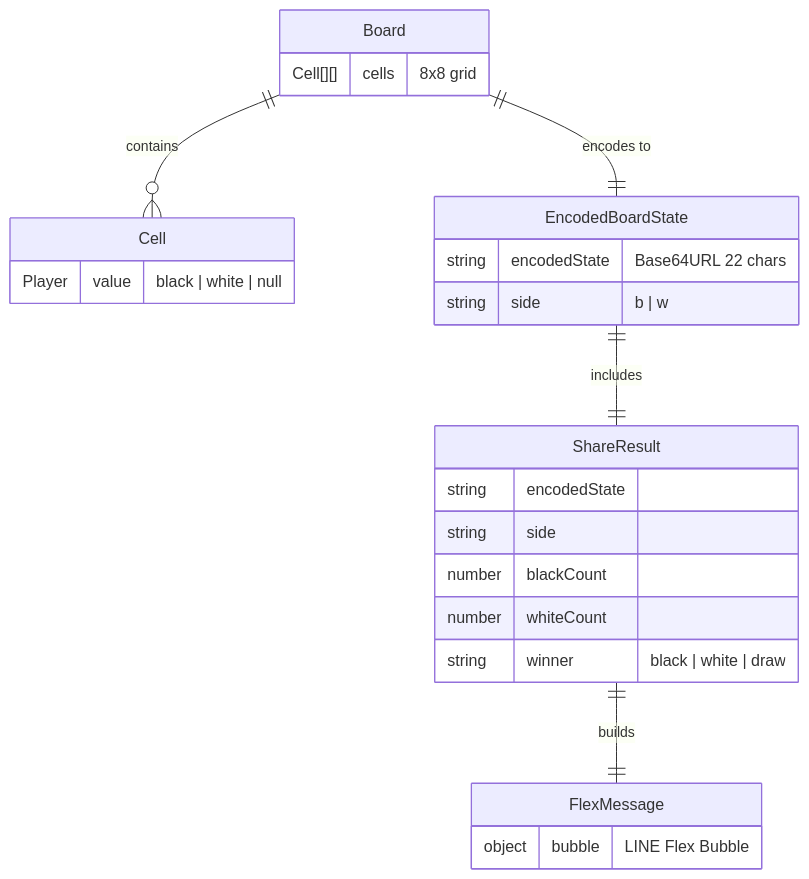
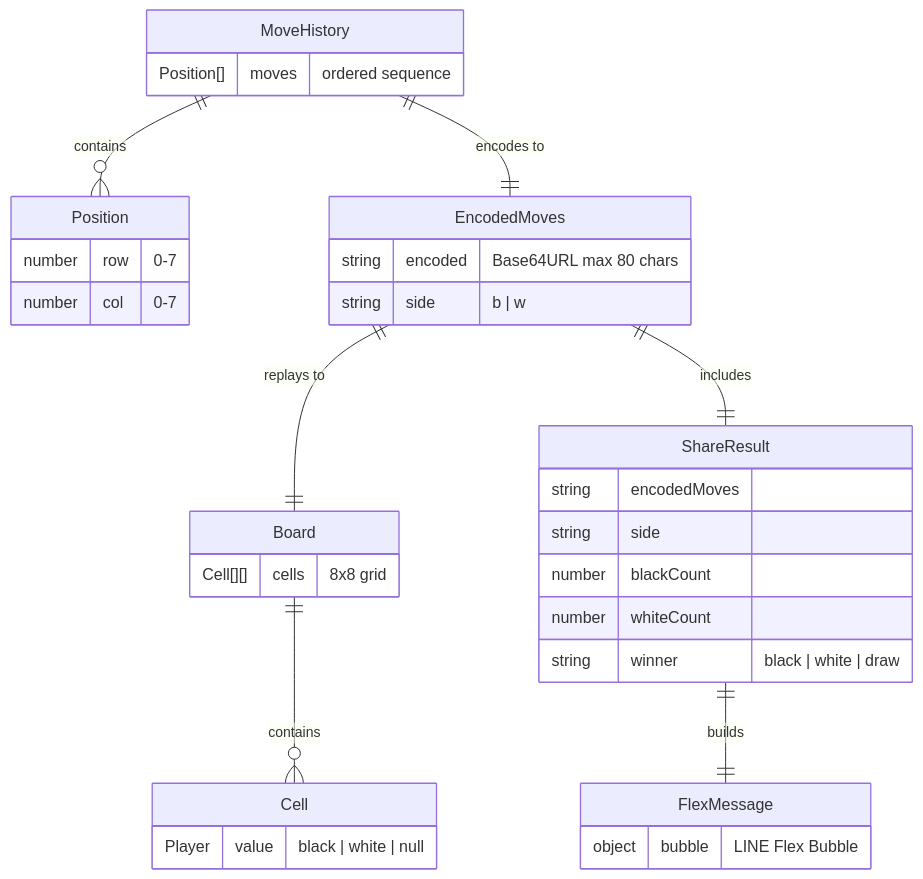
Before and after one commit to noriaki/line-miniapp-reversi: the sixth of 6 diagrams in .specify/specs/game-result-share-v2/design.md, drawn with Mermaid. The commit also changed other lines of this file and 3 other files, not shown here.

````diff
--- a/.specify/specs/game-result-share-v2/design.md
+++ b/.specify/specs/game-result-share-v2/design.md
@@ -796,28 +857,37 @@
 ```mermaid
 erDiagram
     Board ||--o{ Cell : contains
     Board {
         Cell[][] cells "8x8 grid"
     }
     Cell {
         Player value "black | white | null"
     }
-    EncodedBoardState {
-        string encodedState "Base64URL 22 chars"
+    MoveHistory ||--o{ Position : contains
+    MoveHistory {
+        Position[] moves "ordered sequence"
+    }
+    Position {
+        number row "0-7"
+        number col "0-7"
+    }
+    EncodedMoves {
+        string encoded "Base64URL max 80 chars"
         string side "b | w"
     }
     ShareResult {
-        string encodedState
+        string encodedMoves
         string side
         number blackCount
         number whiteCount
         string winner "black | white | draw"
     }
     FlexMessage {
         object bubble "LINE Flex Bubble"
     }
 
-    Board ||--|| EncodedBoardState : "encodes to"
-    EncodedBoardState ||--|| ShareResult : "includes"
+    MoveHistory ||--|| EncodedMoves : "encodes to"
+    EncodedMoves ||--|| Board : "replays to"
+    EncodedMoves ||--|| ShareResult : "includes"
     ShareResult ||--|| FlexMessage : "builds"
 ```
````
